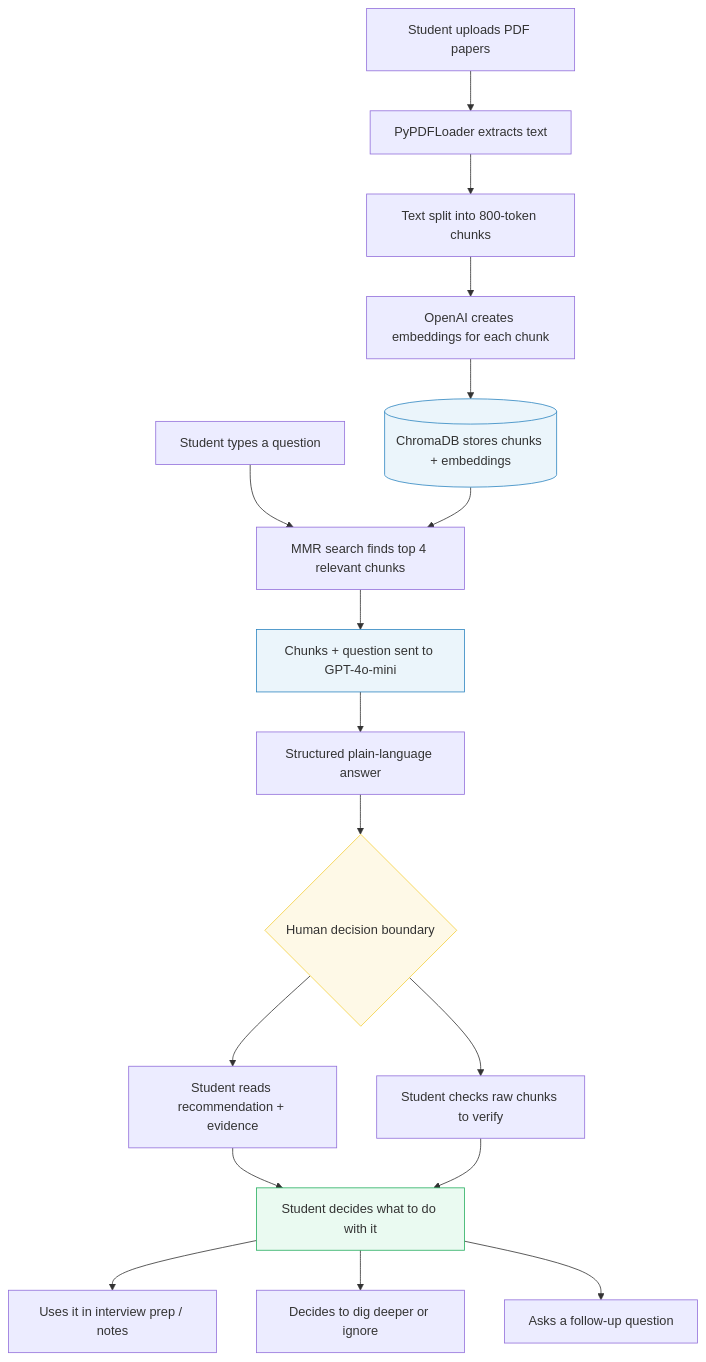
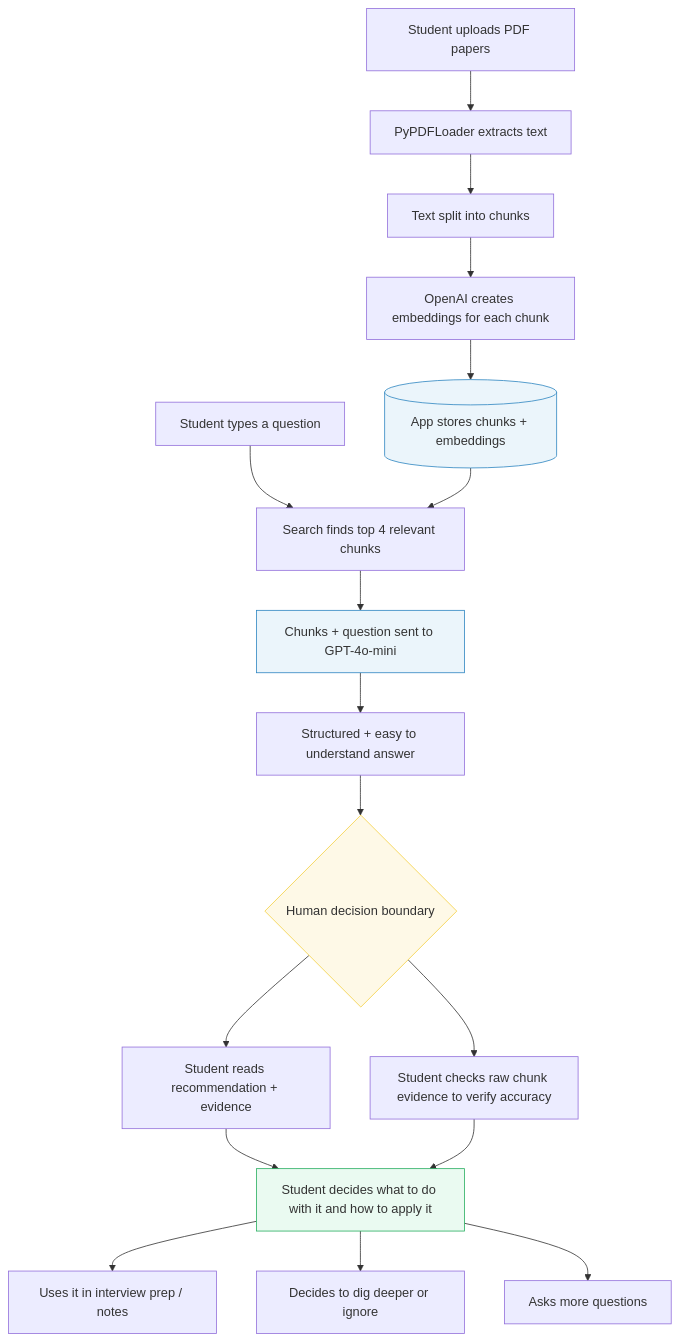
The first of 2 diagrams in README.md (JocelynF4/Research-Paper-RAG), drawn with Mermaid before and after one commit. The commit also changed other lines of this file, not shown here.

````diff
--- a/README.md
+++ b/README.md
@@ -50,26 +47,26 @@
 ```mermaid
 flowchart TD
     A[Student uploads PDF papers] --> B[PyPDFLoader extracts text]
-    B --> C[Text split into 800-token chunks]
+    B --> C[Text split into chunks]
     C --> D[OpenAI creates embeddings for each chunk]
-    D --> E[(ChromaDB stores chunks + embeddings)]
+    D --> E[(App stores chunks + embeddings)]
 
-    F[Student types a question] --> G[MMR search finds top 4 relevant chunks]
+    F[Student types a question] --> G[Search finds top 4 relevant chunks]
     E --> G
     G --> H[Chunks + question sent to GPT-4o-mini]
-    H --> I[Structured plain-language answer]
+    H --> I[Structured + easy to understand answer]
 
     I --> J{Human decision boundary}
     J --> K[Student reads recommendation + evidence]
-    J --> L[Student checks raw chunks to verify]
-    K --> M[Student decides what to do with it]
+    J --> L[Student checks raw chunk evidence to verify accuracy]
+    K --> M[Student decides what to do with it and how to apply it]
     L --> M
     M --> N[Uses it in interview prep / notes]
     M --> O[Decides to dig deeper or ignore]
-    M --> P[Asks a follow-up question]
+    M --> P[Asks more questions]
 
     style J fill:#FEF9E7,stroke:#F4D03F
     style M fill:#EAFAF1,stroke:#27AE60
     style H fill:#EBF5FB,stroke:#2E86C1
     style E fill:#EBF5FB,stroke:#2E86C1
 ```
````
